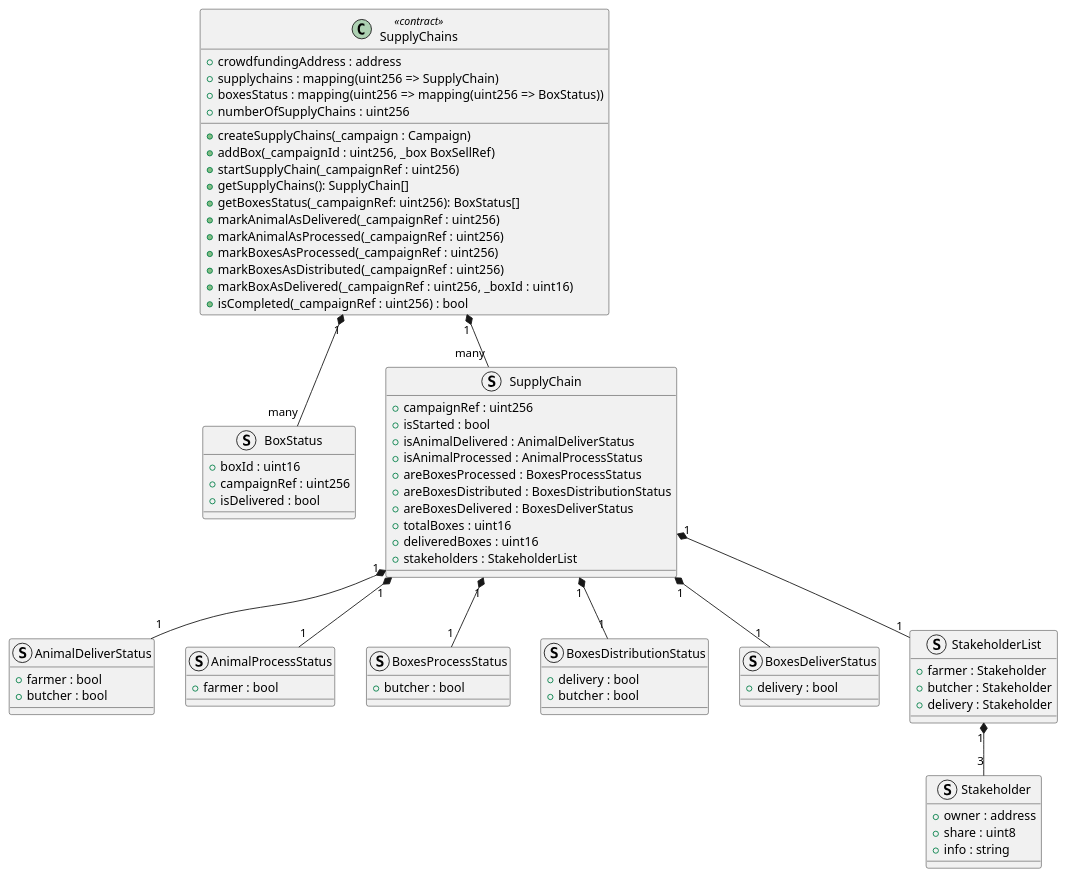
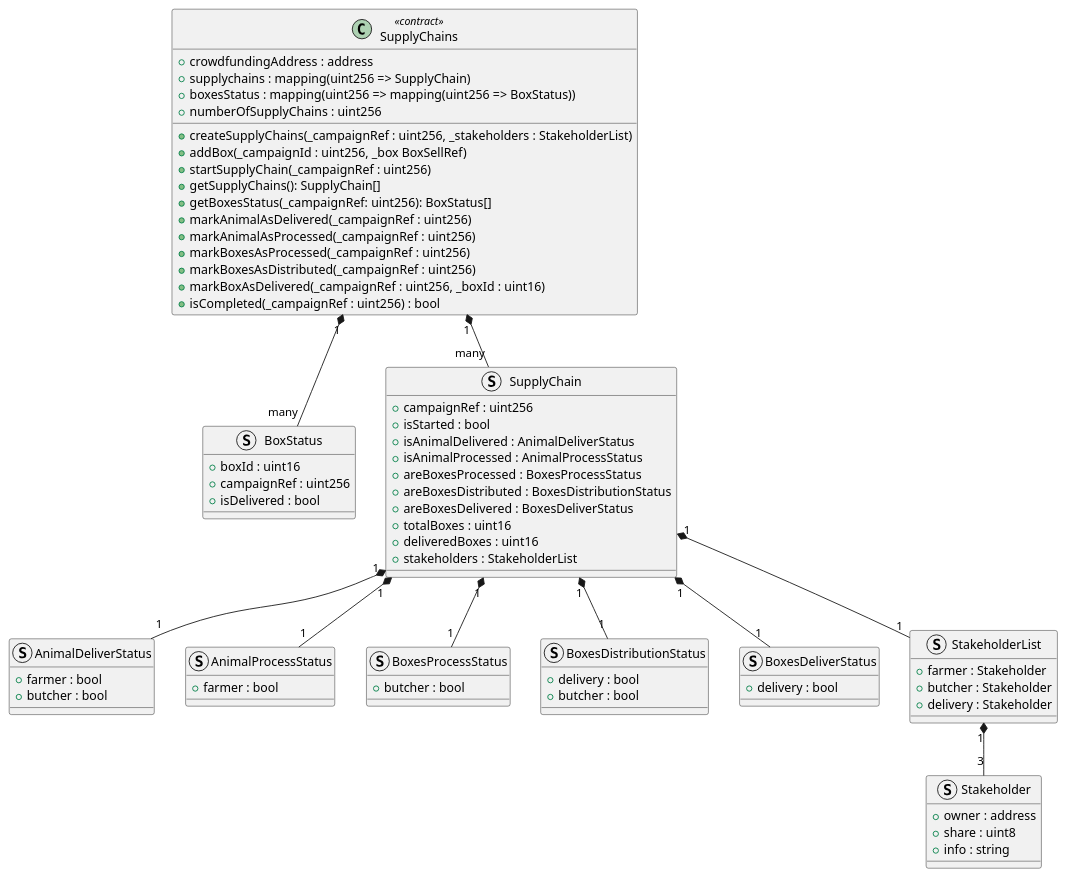
The diagram in docs/supplyChainClass.plantuml (mstolin/146157_Blockchain), drawn with PlantUML before and after one commit.

Commit message:
Updated Supply Chain UML

```diff
--- a/docs/supplyChainClass.plantuml
+++ b/docs/supplyChainClass.plantuml
@@ -1,75 +1,75 @@
 @startuml SupplyChains
 class SupplyChains <<contract>> {
   {field} +crowdfundingAddress : address
   {field} +supplychains : mapping(uint256 => SupplyChain)
   {field} +boxesStatus : mapping(uint256 => mapping(uint256 => BoxStatus))
   {field} +numberOfSupplyChains : uint256
-  {method} +createSupplyChains(_campaign : Campaign)
+  {method} +createSupplyChains(_campaignRef : uint256, _stakeholders : StakeholderList)
   {method} +addBox(_campaignId : uint256, _box BoxSellRef)
   {method} +startSupplyChain(_campaignRef : uint256)
   {method} +getSupplyChains(): SupplyChain[]
   {method} +getBoxesStatus(_campaignRef: uint256): BoxStatus[]
   {method} +markAnimalAsDelivered(_campaignRef : uint256)
   {method} +markAnimalAsProcessed(_campaignRef : uint256)
   {method} +markBoxesAsProcessed(_campaignRef : uint256)
   {method} +markBoxesAsDistributed(_campaignRef : uint256)
   {method} +markBoxAsDelivered(_campaignRef : uint256, _boxId : uint16)
   {method} +isCompleted(_campaignRef : uint256) : bool
 }
 struct BoxStatus {
   +boxId : uint16
   +campaignRef : uint256
   +isDelivered : bool
 }
 struct SupplyChain {
   +campaignRef : uint256
   +isStarted : bool
   +isAnimalDelivered : AnimalDeliverStatus
   +isAnimalProcessed : AnimalProcessStatus
   +areBoxesProcessed : BoxesProcessStatus
   +areBoxesDistributed : BoxesDistributionStatus
   +areBoxesDelivered : BoxesDeliverStatus
   +totalBoxes : uint16
   +deliveredBoxes : uint16
   +stakeholders : StakeholderList
 }
 struct AnimalDeliverStatus {
   +farmer : bool
   +butcher : bool
 }
 struct AnimalProcessStatus {
   +farmer : bool
 }
 struct BoxesProcessStatus {
   +butcher : bool
 }
 struct BoxesDistributionStatus {
   +delivery : bool
   +butcher : bool
 }
 struct BoxesDeliverStatus {
   +delivery : bool
 }
 struct Stakeholder {
   +owner : address
   +share : uint8
   +info : string
 }
 struct StakeholderList {
   +farmer : Stakeholder
   +butcher : Stakeholder
   +delivery : Stakeholder
 }
 
 SupplyChains "1" *-- "many" SupplyChain
 SupplyChain "1" *-- "1" AnimalDeliverStatus
 SupplyChain "1" *-- "1" AnimalProcessStatus
 SupplyChain "1" *-- "1" BoxesProcessStatus
 SupplyChain "1" *-- "1" BoxesDistributionStatus
 SupplyChain "1" *-- "1" BoxesDeliverStatus
 SupplyChain "1" *-- "1" StakeholderList
 StakeholderList "1" *-- "3" Stakeholder
 
 SupplyChains "1" *-- "many" BoxStatus
 
 @enduml
```
